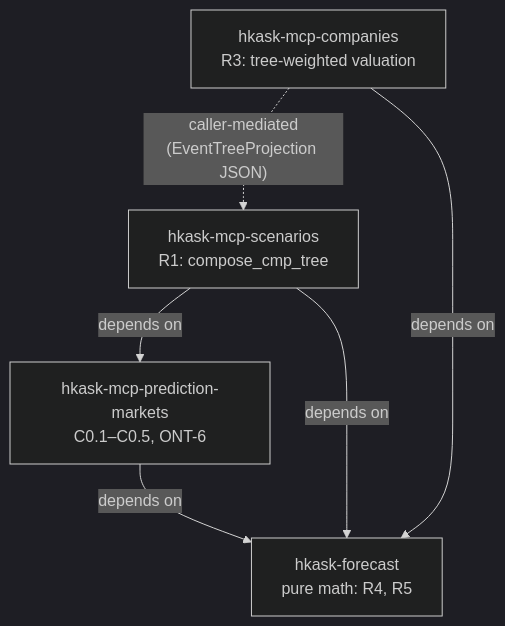
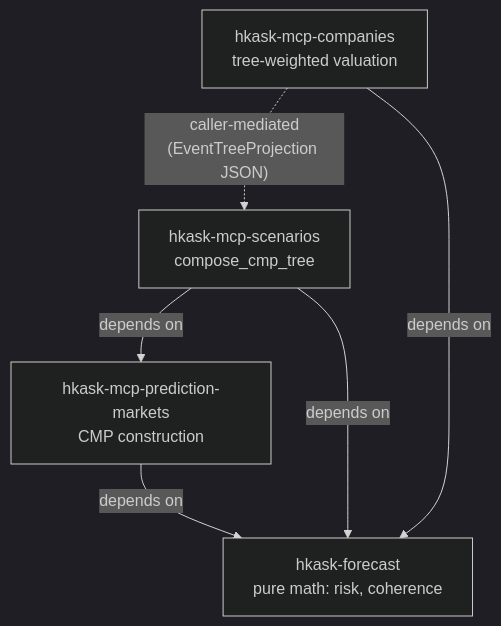
The fifth of 13 diagrams in kask/docs/diagrams/architecture.md (mdz-axo/zed-kask), drawn with Mermaid (dark theme) before and after one commit. The commit also changed other lines of this file and 21 other files, not shown here.

````diff
--- a/kask/docs/diagrams/architecture.md
+++ b/kask/docs/diagrams/architecture.md
@@ -185,13 +184,13 @@
 ```mermaid
 graph TD
-    forecast["hkask-forecast<br/>pure math: R4, R5"]
-    pm["hkask-mcp-prediction-markets<br/>C0.1–C0.5, ONT-6"]
-    scenarios["hkask-mcp-scenarios<br/>R1: compose_cmp_tree"]
-    companies["hkask-mcp-companies<br/>R3: tree-weighted valuation"]
+    forecast["hkask-forecast<br/>pure math: risk, coherence"]
+    pm["hkask-mcp-prediction-markets<br/>CMP construction"]
+    scenarios["hkask-mcp-scenarios<br/>compose_cmp_tree"]
+    companies["hkask-mcp-companies<br/>tree-weighted valuation"]
 
     pm -->|"depends on"| forecast
     scenarios -->|"depends on"| forecast
     scenarios -->|"depends on"| pm
     companies -->|"depends on"| forecast
     companies -.->|"caller-mediated<br/>(EventTreeProjection JSON)"| scenarios
 ```
````
